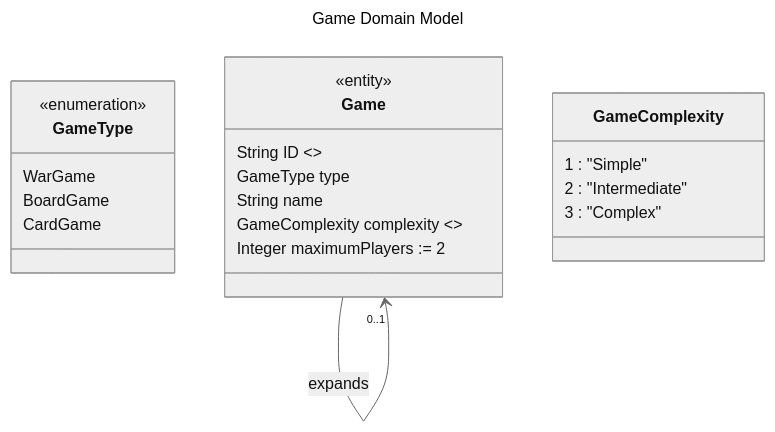
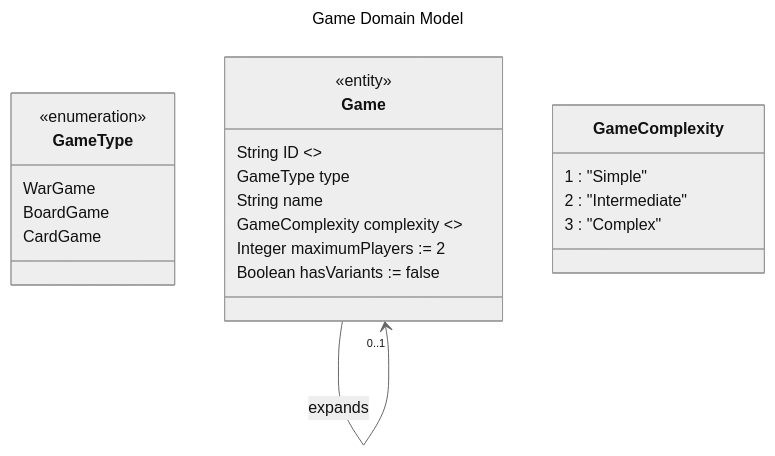
One commit to AdrianMiley/War-Games-League changed the diagram in design/data/game.md. Above: the diagram before and after it, drawn with Mermaid (neutral theme). The commit also changed other lines of this file and 5 other files, not shown here.

````diff
--- a/design/data/game.md
+++ b/design/data/game.md
@@ -9,31 +9,32 @@
 ```mermaid
 ---
   title: Game Domain Model
   config:
     class:
       hideEmptyMembersBox: true
 ---
 %%    namespace "game"
 classDiagram
     class GameType {
         <<enumeration>>
         WarGame
         BoardGame
         CardGame
     }
     class Game {
         <<entity>>
         String ID <<key>>
         GameType type
         String name
         GameComplexity complexity <<optional>>
         Integer maximumPlayers := 2
+        Boolean hasVariants := false
     }
     Game --> "0..1" Game : expands 
 
     class GameComplexity {
         1 : "Simple"
         2 : "Intermediate"
         3 : "Complex"
     } 
 ```
````
